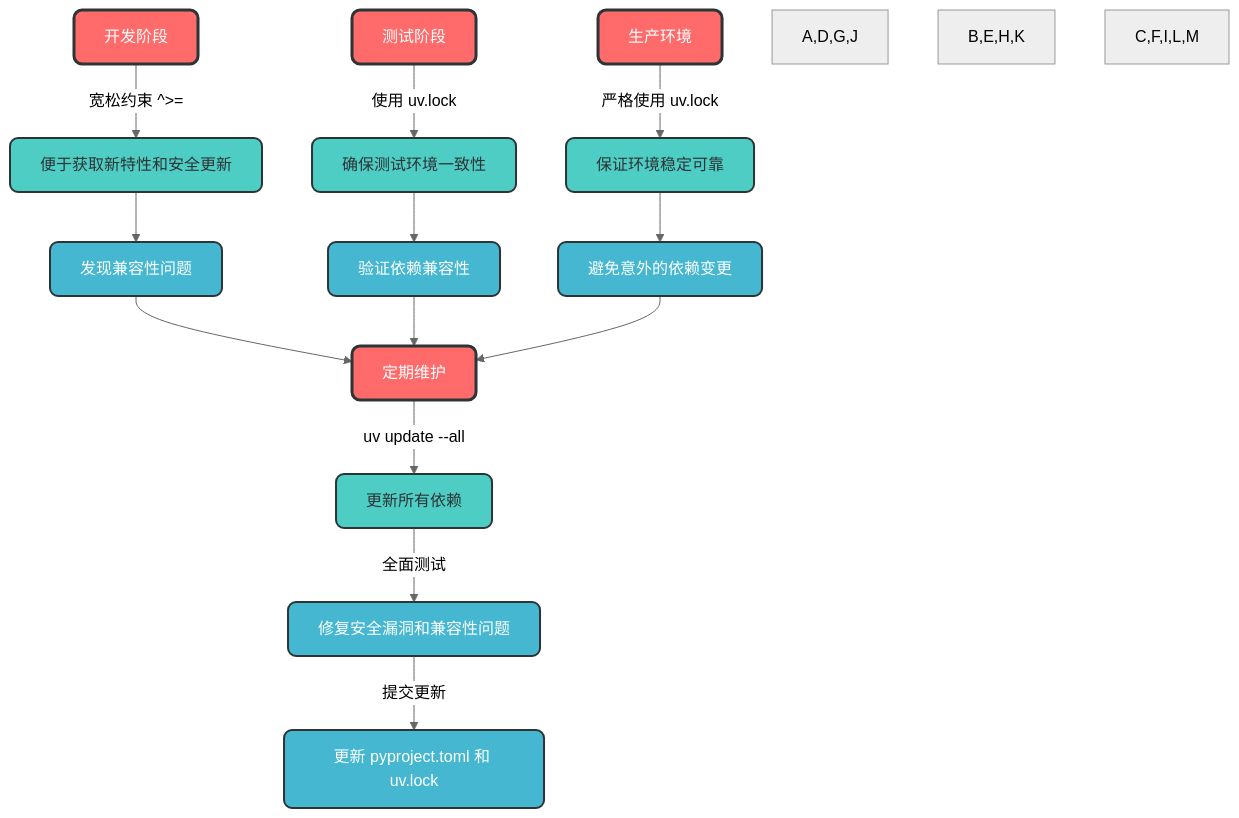
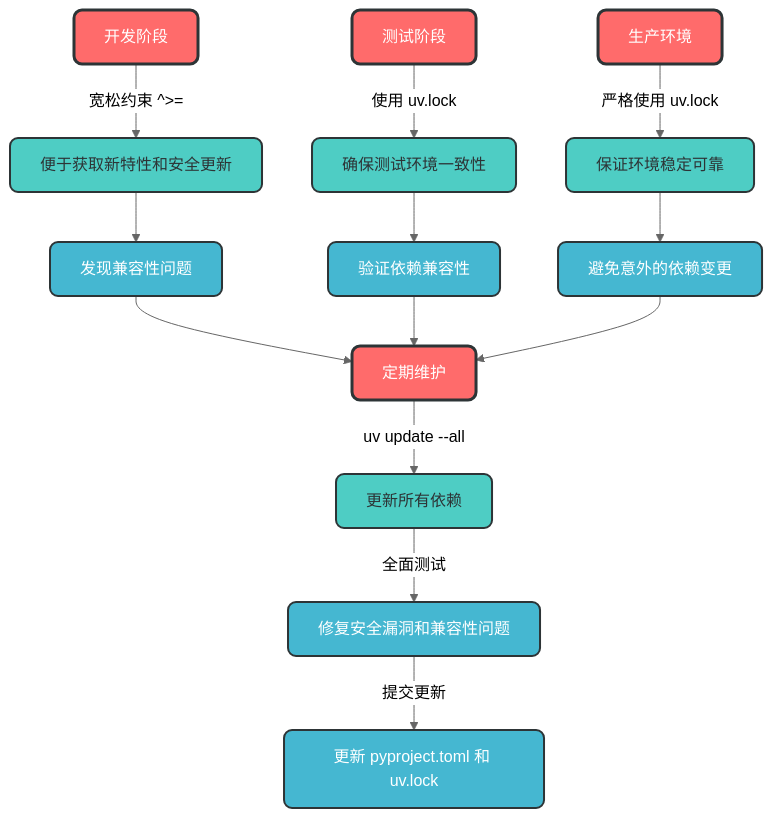
One commit to amuqiao/fastapi-enterprise-framework-template changed the fourth of 8 diagrams in docs/uv 管理 python 虚拟环境/uv 完整使用指南.md. Above: the diagram before and after it, drawn with Mermaid (neutral theme). The commit also changed other lines of this file, not shown here.

````diff
--- a/docs/uv 管理 python 虚拟环境/uv 完整使用指南.md
+++ b/docs/uv 管理 python 虚拟环境/uv 完整使用指南.md
@@ -202,27 +202,27 @@
 ```mermaid
 flowchart TD
     A[开发阶段] -->|宽松约束 ^>=| B[便于获取新特性和安全更新]
     B --> C[发现兼容性问题]
     
     D[测试阶段] -->|使用 uv.lock| E[确保测试环境一致性]
     E --> F[验证依赖兼容性]
     
     G[生产环境] -->|严格使用 uv.lock| H[保证环境稳定可靠]
     H --> I[避免意外的依赖变更]
     
     J[定期维护] -->|uv update --all| K[更新所有依赖]
     K -->|全面测试| L[修复安全漏洞和兼容性问题]
     L -->|提交更新| M[更新 pyproject.toml 和 uv.lock]
     
     C --> J
     F --> J
     I --> J
     
     classDef env fill:#FF6B6B,stroke:#2D3436,stroke-width:3px,color:white,rx:8,ry:8;
     classDef strategy fill:#4ECDC4,stroke:#2D3436,stroke-width:2px,color:#2D3436,rx:8,ry:8;
     classDef result fill:#45B7D1,stroke:#2D3436,stroke-width:2px,color:white,rx:8,ry:8;
     
-    A,D,G,J:::env;
-    B,E,H,K:::strategy;
-    C,F,I,L,M:::result;
+    class A,D,G,J env;
+    class B,E,H,K strategy;
+    class C,F,I,L,M result;
 ```
````
